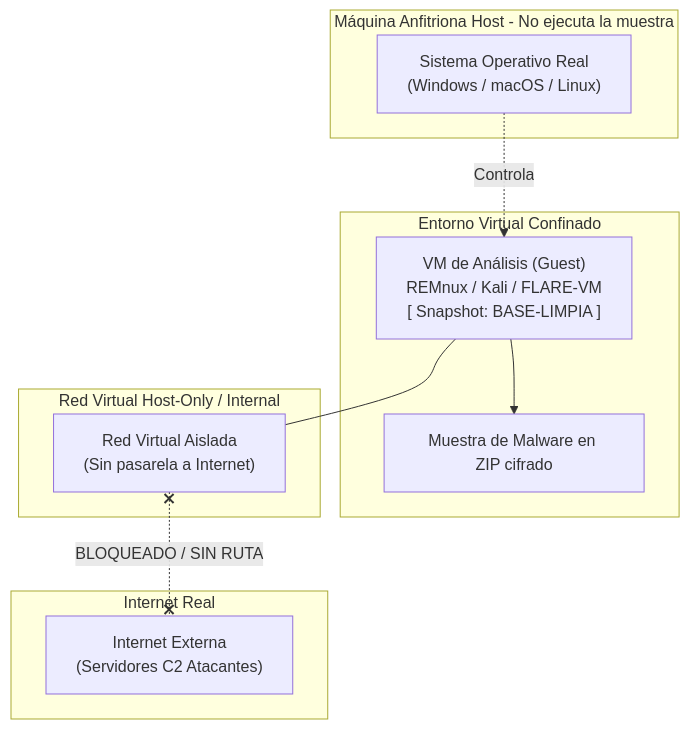
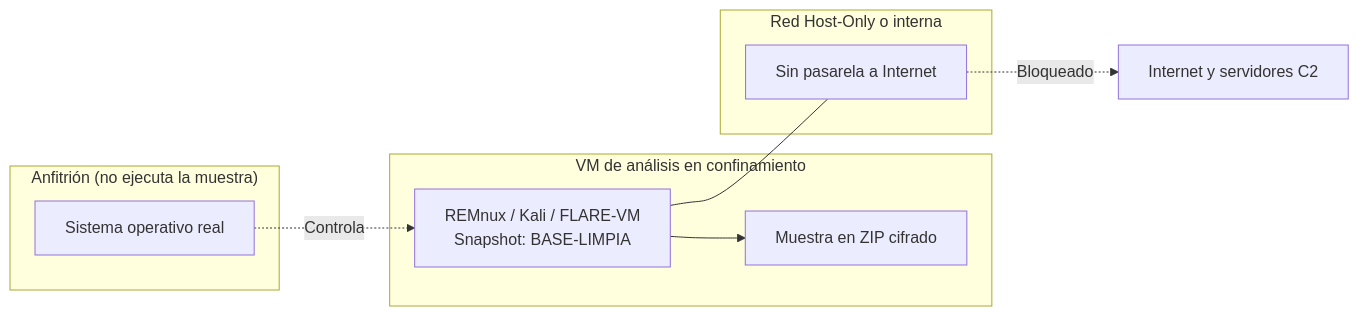
Before and after one commit to purpesec/Cybersecurity-For-Beginners: the second of 3 diagrams in malware-analysis/02-entornos-seguros-y-laboratorio/README.md, drawn with Mermaid. The commit also changed other lines of this file and 18 other files, not shown here.

````diff
--- a/malware-analysis/02-entornos-seguros-y-laboratorio/README.md
+++ b/malware-analysis/02-entornos-seguros-y-laboratorio/README.md
@@ -38,24 +32,22 @@
 ```mermaid
-flowchart TD
-    subgraph Máquina Anfitriona Host - No ejecuta la muestra
-        H["Sistema Operativo Real\n(Windows / macOS / Linux)"]
+flowchart LR
+    subgraph HOST["Anfitrión (no ejecuta la muestra)"]
+        H[Sistema operativo real]
     end
-    
-    subgraph Entorno Virtual Confinado
-        VM["VM de Análisis (Guest)\nREMnux / Kali / FLARE-VM\n[ Snapshot: BASE-LIMPIA ]"]
-        M["Muestra de Malware en ZIP cifrado"]
+
+    subgraph GUEST["VM de análisis en confinamiento"]
+        VM["REMnux / Kali / FLARE-VM\nSnapshot: BASE-LIMPIA"]
+        M[Muestra en ZIP cifrado]
         VM --> M
     end
-    
-    subgraph Red Virtual Host-Only / Internal
-        NET["Red Virtual Aislada\n(Sin pasarela a Internet)"]
+
+    subgraph NET["Red Host-Only o interna"]
+        N[Sin pasarela a Internet]
     end
-    
-    subgraph Internet Real
-        EXT["Internet Externa\n(Servidores C2 Atacantes)"]
-    end
-    
+
+    EXT[Internet y servidores C2]
+
     H -. Controla .-> VM
-    VM --- NET
-    NET x-.-x|BLOQUEADO / SIN RUTA| EXT
+    VM --- N
+    N -. Bloqueado .-> EXT
 ```
````
